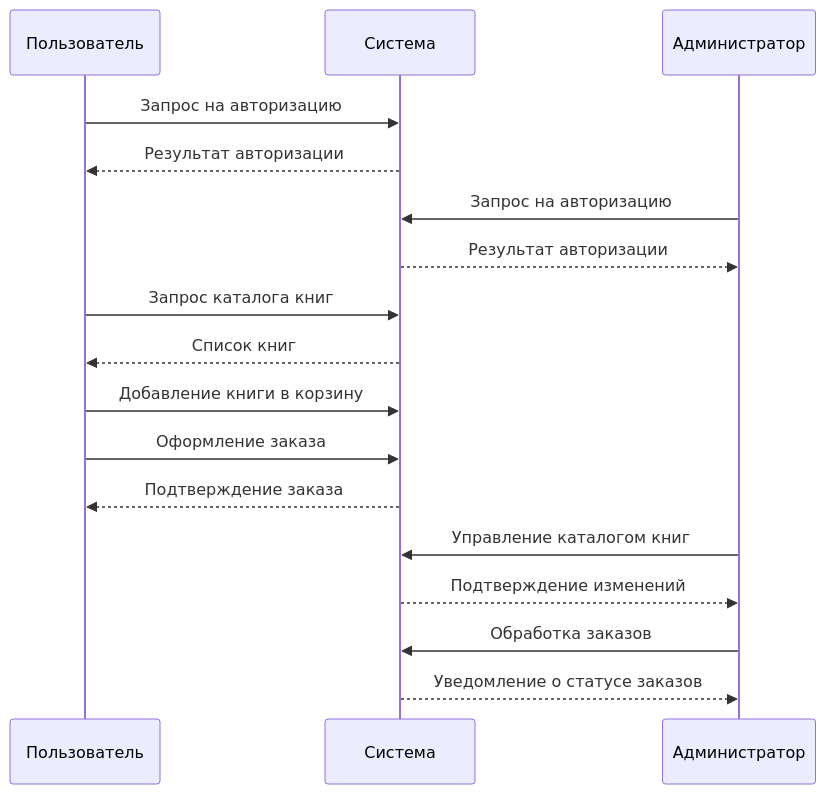
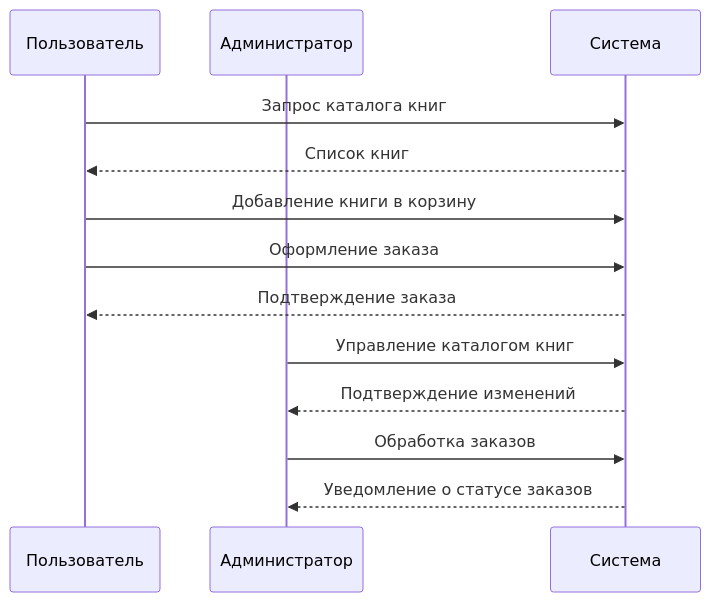
The third of 3 diagrams in lab1/report.md (MANASLU8/chappel-of-examples), drawn with Mermaid before and after one commit. The commit also changed other lines of this file and 1 other file, not shown here.

Commit message:
Добавил диаграмму Use Cases

````diff
--- a/lab1/report.md
+++ b/lab1/report.md
@@ -64,20 +75,19 @@
 ```mermaid
 sequenceDiagram
     participant User as Пользователь
+    participant Admin as Администратор
     participant System as Система
-    participant Admin as Администратор
 
-    User->>System: Запрос на авторизацию
-    System-->>User: Результат авторизации
-    Admin->>System: Запрос на авторизацию
-    System-->>Admin: Результат авторизации
     User->>System: Запрос каталога книг
     System-->>User: Список книг
+
     User->>System: Добавление книги в корзину
     User->>System: Оформление заказа
     System-->>User: Подтверждение заказа
+
     Admin->>System: Управление каталогом книг
     System-->>Admin: Подтверждение изменений
+    
     Admin->>System: Обработка заказов
     System-->>Admin: Уведомление о статусе заказов
 ```
````
